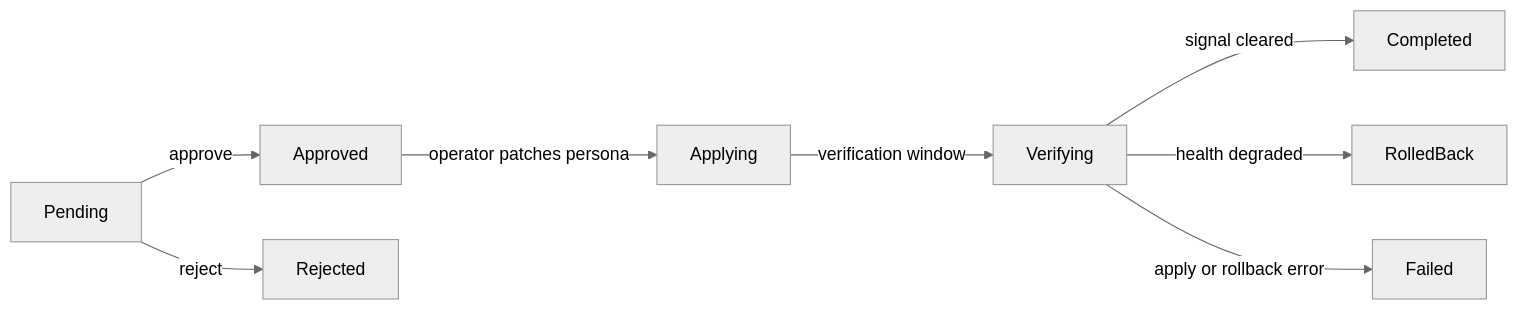
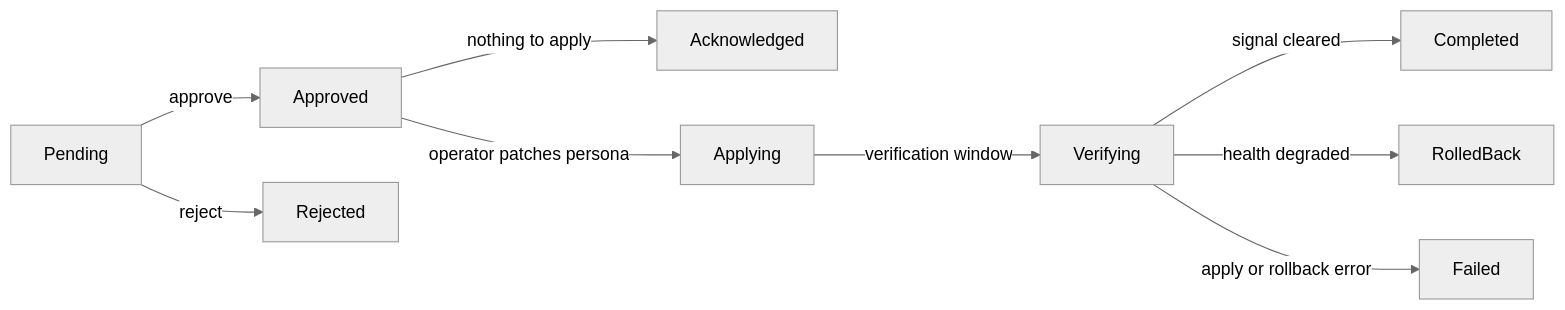
Before and after one commit to dorgu-ai/docs: the diagram in cli/commands/remediation.mdx, drawn with Mermaid (neutral theme). The commit also changed other lines of this file and 21 other files, not shown here.

````diff
--- a/cli/commands/remediation.mdx
+++ b/cli/commands/remediation.mdx
@@ -18,10 +18,11 @@
 ```mermaid
 flowchart LR
     P["Pending"] -->|"approve"| A["Approved"]
     P -->|"reject"| RJ["Rejected"]
+    A -->|"nothing to apply"| AK["Acknowledged"]
     A -->|"operator patches persona"| AP["Applying"]
     AP -->|"verification window"| V["Verifying"]
     V -->|"signal cleared"| C["Completed"]
     V -->|"health degraded"| RB["RolledBack"]
     V -->|"apply or rollback error"| F["Failed"]
 ```
````
